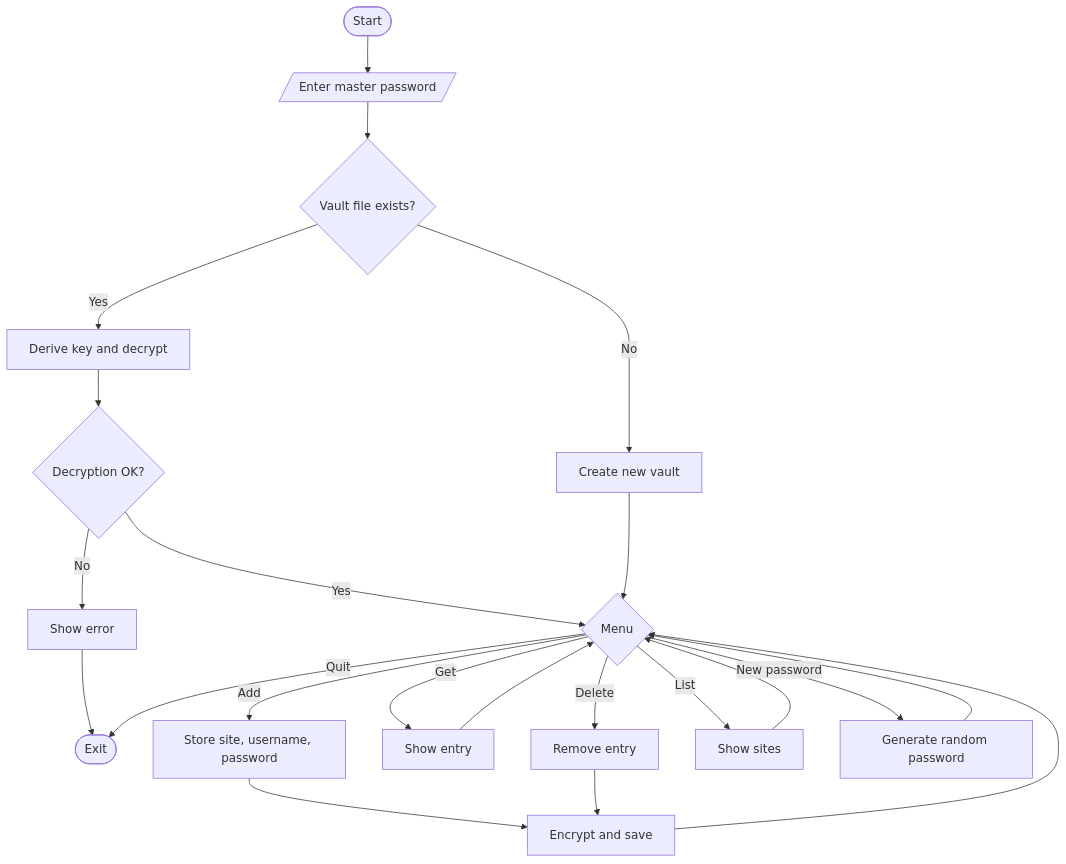
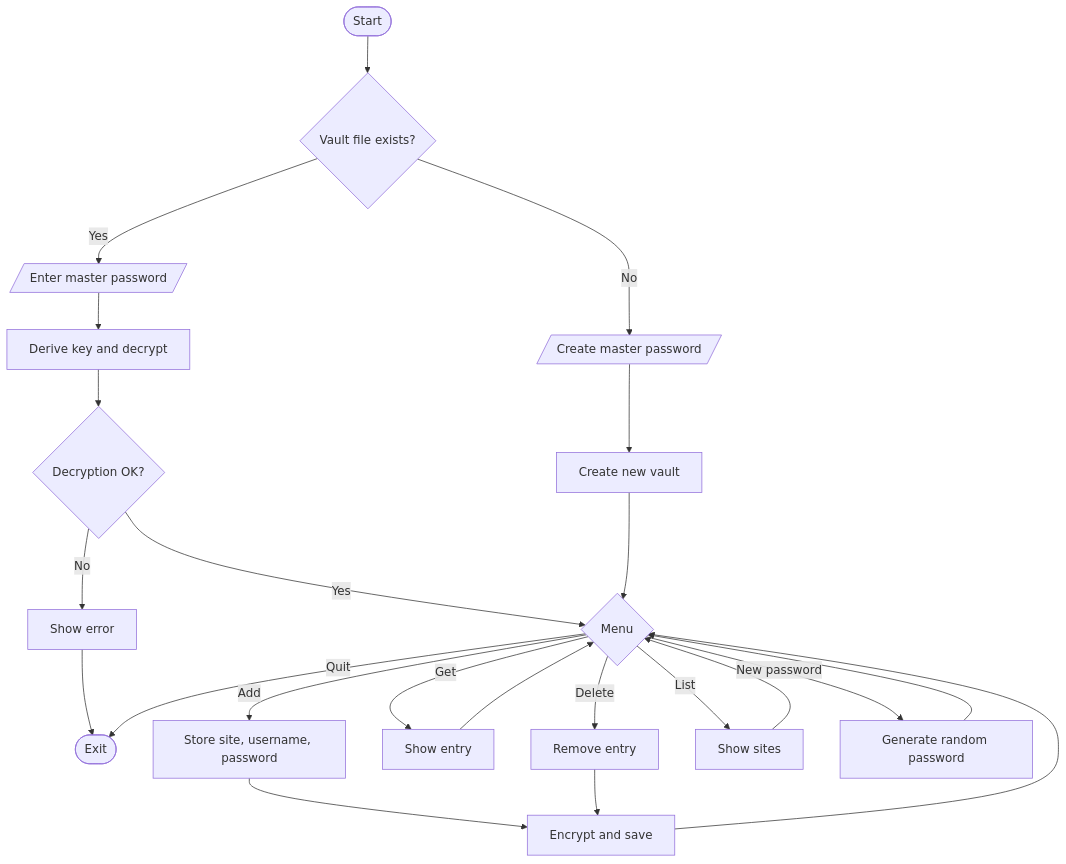
The diagram in docs/flowchart.md (PolaricksX/McSecurity), drawn with Mermaid before and after one commit.

Commit message:
Clarify first-time master password flow

````diff
--- a/docs/flowchart.md
+++ b/docs/flowchart.md
@@ -3,17 +3,17 @@
 ```mermaid
 flowchart TD
-    A([Start]) --> B[/Enter master password/]
-    B --> C{Vault file exists?}
-    C -- No --> D[Create new vault]
-    C -- Yes --> E[Derive key and decrypt]
-    E --> F{Decryption OK?}
-    F -- No --> G[Show error] --> Z([Exit])
-    F -- Yes --> H
-    D --> H{Menu}
-    H -- Add --> I[Store site, username, password] --> J[Encrypt and save] --> H
-    H -- Get --> K[Show entry] --> H
-    H -- Delete --> L[Remove entry] --> J
-    H -- List --> M[Show sites] --> H
-    H -- New password --> N[Generate random password] --> H
+    A([Start]) --> B{Vault file exists?}
+    B -- No --> C[/Create master password/] --> D[Create new vault]
+    B -- Yes --> E[/Enter master password/] --> F[Derive key and decrypt]
+    F --> G{Decryption OK?}
+    G -- No --> I[Show error] --> Z([Exit])
+    G -- Yes --> H{Menu}
+    D --> H
+    H -- Add --> J[Store site, username, password] --> K[Encrypt and save]
+    H -- Get --> L[Show entry] --> H
+    H -- Delete --> M[Remove entry] --> K
+    H -- List --> N[Show sites] --> H
+    H -- New password --> O[Generate random password] --> H
+    K --> H
     H -- Quit --> Z
 ```
````
